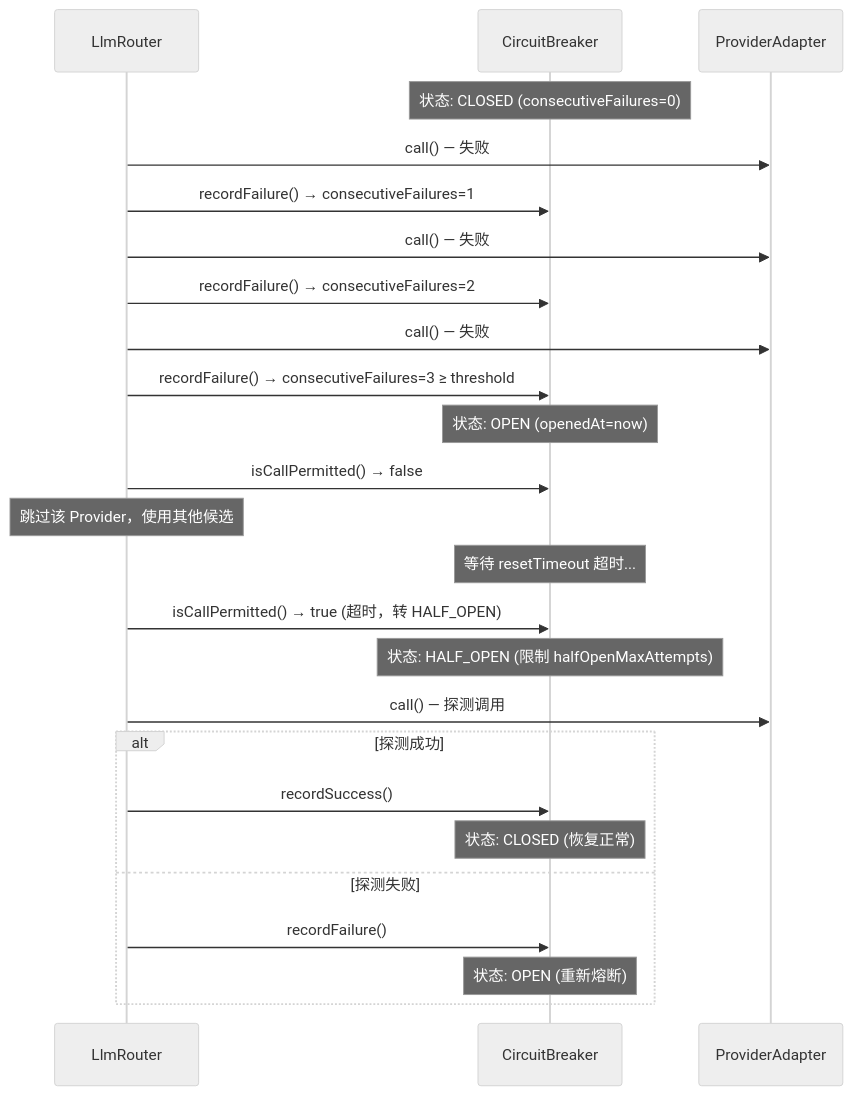
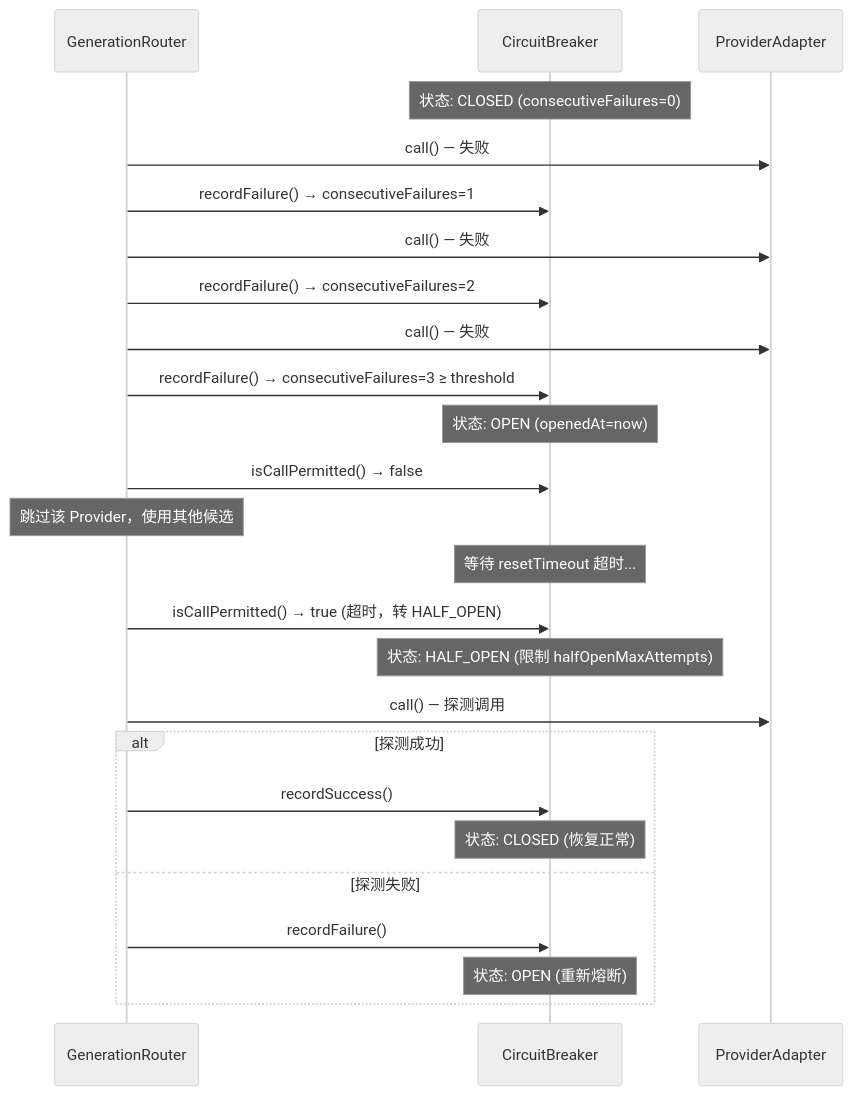
One commit to ntygod/LifePilot changed diagram 34 of 35 in ARCHITECTURE-DIAGRAMS.md. Above: the diagram before and after it, drawn with Mermaid (neutral theme). The commit also changed other lines of this file and 46 other files, not shown here.

````diff
--- a/ARCHITECTURE-DIAGRAMS.md
+++ b/ARCHITECTURE-DIAGRAMS.md
@@ -1218,34 +1217,34 @@
 ```mermaid
 sequenceDiagram
-    participant Client as LlmRouter
+    participant Client as GenerationRouter
     participant CB as CircuitBreaker
     participant Provider as ProviderAdapter
 
     Note over CB: 状态: CLOSED (consecutiveFailures=0)
 
     Client->>Provider: call() — 失败
     Client->>CB: recordFailure() → consecutiveFailures=1
     Client->>Provider: call() — 失败
     Client->>CB: recordFailure() → consecutiveFailures=2
     Client->>Provider: call() — 失败
     Client->>CB: recordFailure() → consecutiveFailures=3 ≥ threshold
 
     Note over CB: 状态: OPEN (openedAt=now)
 
     Client->>CB: isCallPermitted() → false
     Note over Client: 跳过该 Provider，使用其他候选
 
     Note over CB: 等待 resetTimeout 超时...
 
     Client->>CB: isCallPermitted() → true (超时，转 HALF_OPEN)
     Note over CB: 状态: HALF_OPEN (限制 halfOpenMaxAttempts)
 
     Client->>Provider: call() — 探测调用
     alt 探测成功
         Client->>CB: recordSuccess()
         Note over CB: 状态: CLOSED (恢复正常)
     else 探测失败
         Client->>CB: recordFailure()
         Note over CB: 状态: OPEN (重新熔断)
     end
 ```
````
